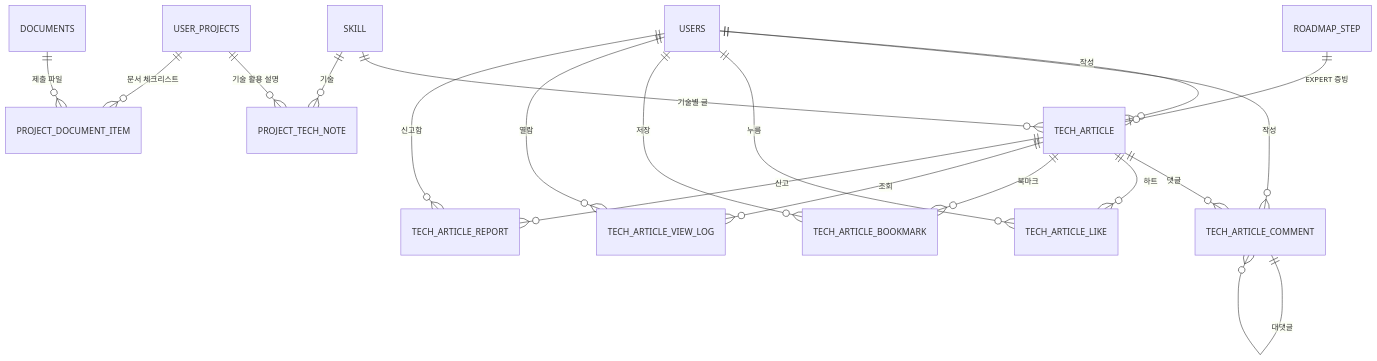
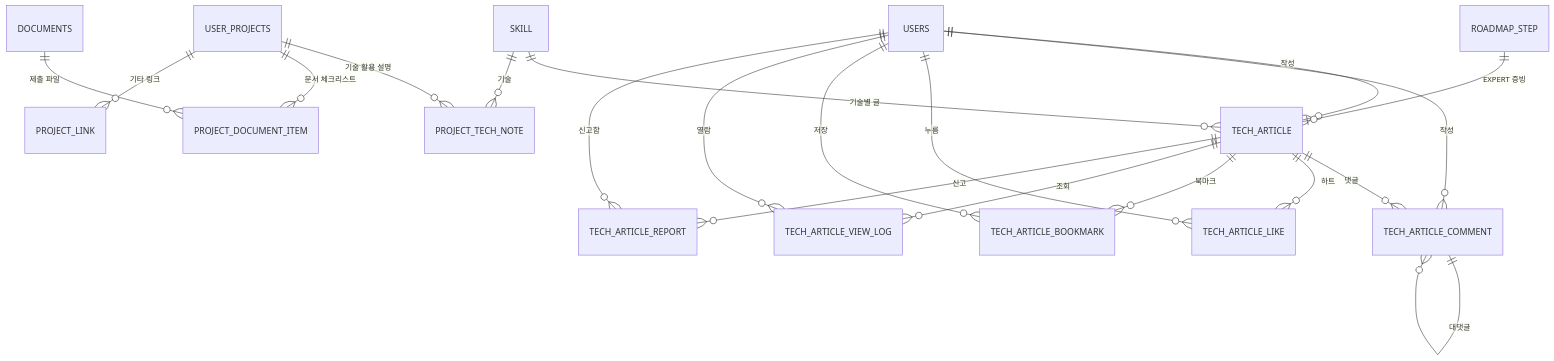
The third of 3 diagrams in docs/스펙_오디세이_DB_설계_및_ERD.md (donggyun0905-ai/donggyun0905-ai-project02), drawn with Mermaid before and after one commit. The commit also changed other lines of this file and 29 other files, not shown here.

First line of the commit message:
feat: 프로젝트 기타 링크(PROJECT_LINK) — 제출·프로필 폼 입력, 면접관 타임라인에 저장소·배포·기타 링크 노출, 프로필 수정 시 회고가 지워지던 문제 수정

````diff
--- a/docs/스펙_오디세이_DB_설계_및_ERD.md
+++ b/docs/스펙_오디세이_DB_설계_및_ERD.md
@@ -97,21 +97,22 @@
 ```mermaid
 erDiagram
     USERS ||--o{ TECH_ARTICLE : "작성"
     SKILL ||--o{ TECH_ARTICLE : "기술별 글"
     ROADMAP_STEP ||--o| TECH_ARTICLE : "EXPERT 증빙"
     TECH_ARTICLE ||--o{ TECH_ARTICLE_COMMENT : "댓글"
     TECH_ARTICLE_COMMENT ||--o{ TECH_ARTICLE_COMMENT : "대댓글"
     USERS ||--o{ TECH_ARTICLE_COMMENT : "작성"
     TECH_ARTICLE ||--o{ TECH_ARTICLE_LIKE : "하트"
     USERS ||--o{ TECH_ARTICLE_LIKE : "누름"
     TECH_ARTICLE ||--o{ TECH_ARTICLE_BOOKMARK : "북마크"
     USERS ||--o{ TECH_ARTICLE_BOOKMARK : "저장"
     TECH_ARTICLE ||--o{ TECH_ARTICLE_VIEW_LOG : "조회"
     USERS ||--o{ TECH_ARTICLE_VIEW_LOG : "열람"
     TECH_ARTICLE ||--o{ TECH_ARTICLE_REPORT : "신고"
     USERS ||--o{ TECH_ARTICLE_REPORT : "신고함"
     USER_PROJECTS ||--o{ PROJECT_TECH_NOTE : "기술 활용 설명"
     SKILL ||--o{ PROJECT_TECH_NOTE : "기술"
     USER_PROJECTS ||--o{ PROJECT_DOCUMENT_ITEM : "문서 체크리스트"
     DOCUMENTS ||--o{ PROJECT_DOCUMENT_ITEM : "제출 파일"
+    USER_PROJECTS ||--o{ PROJECT_LINK : "기타 링크"
 ```
````
